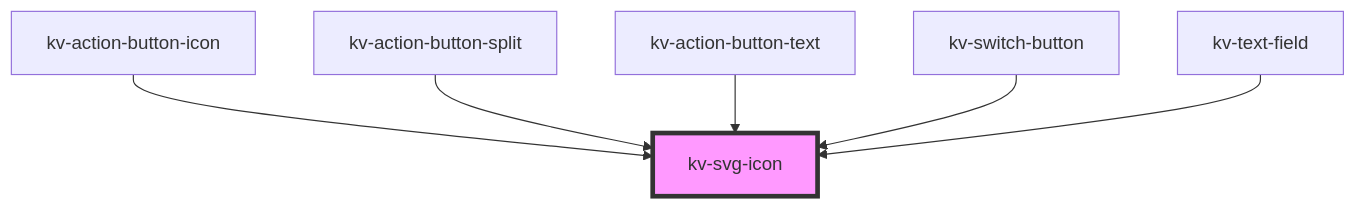
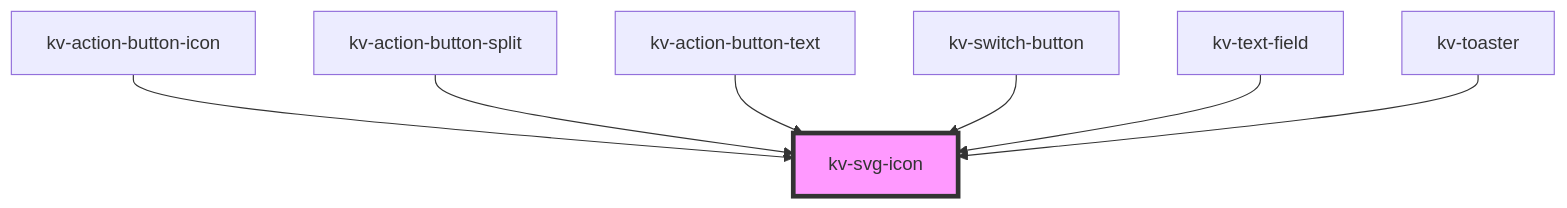
One commit to kelvininc/ui-components changed the diagram in packages/ui-components/src/components/svg-icon/readme.md. Above: the diagram before and after it, drawn with Mermaid. The commit also changed other lines of this file and 7 other files, not shown here.

````diff
--- a/packages/ui-components/src/components/svg-icon/readme.md
+++ b/packages/ui-components/src/components/svg-icon/readme.md
@@ -125,9 +126,10 @@
 ```mermaid
 graph TD;
   kv-action-button-icon --> kv-svg-icon
   kv-action-button-split --> kv-svg-icon
   kv-action-button-text --> kv-svg-icon
   kv-switch-button --> kv-svg-icon
   kv-text-field --> kv-svg-icon
+  kv-toaster --> kv-svg-icon
   style kv-svg-icon fill:#f9f,stroke:#333,stroke-width:4px
 ```
````
